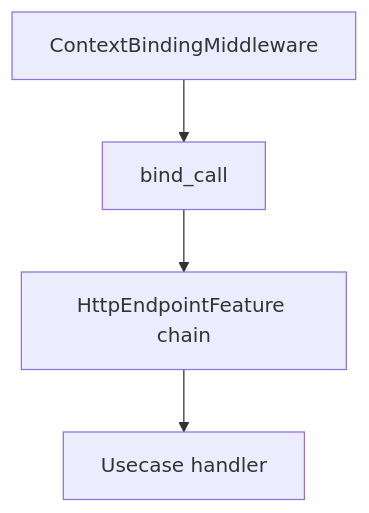
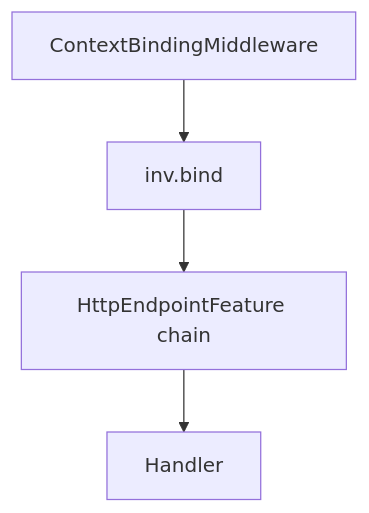
One commit to morzecrew/forze changed the diagram in pages/docs/recipes/authn-authz-tenancy-fastapi.md. Above: the diagram before and after it, drawn with Mermaid. The commit also changed other lines of this file and 582 other files, not shown here.

````diff
--- a/pages/docs/recipes/authn-authz-tenancy-fastapi.md
+++ b/pages/docs/recipes/authn-authz-tenancy-fastapi.md
@@ -10,7 +10,7 @@
 ```mermaid
 flowchart TB
   MW[ContextBindingMiddleware]
-  MW --> bind[bind_call]
+  MW --> bind[inv.bind]
   bind --> feats[HttpEndpointFeature chain]
-  feats --> uc[Usecase handler]
+  feats --> uc[Handler]
 ```
````
